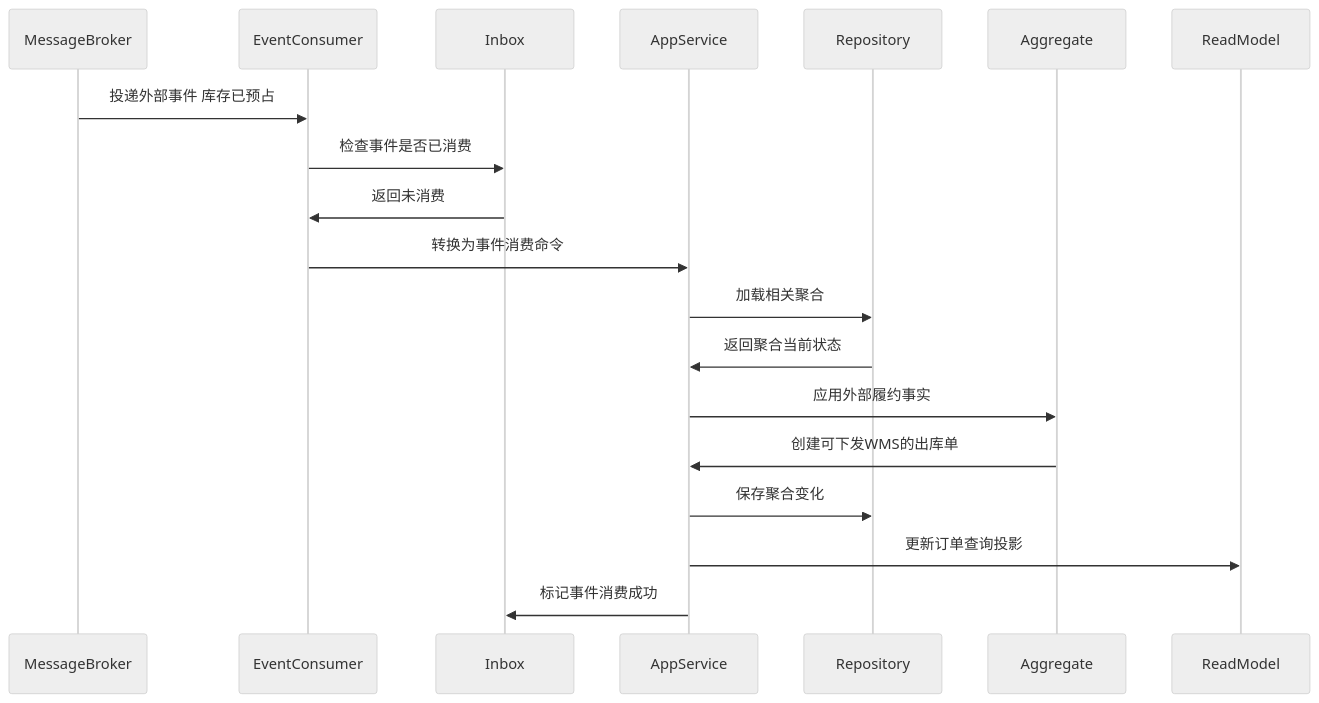
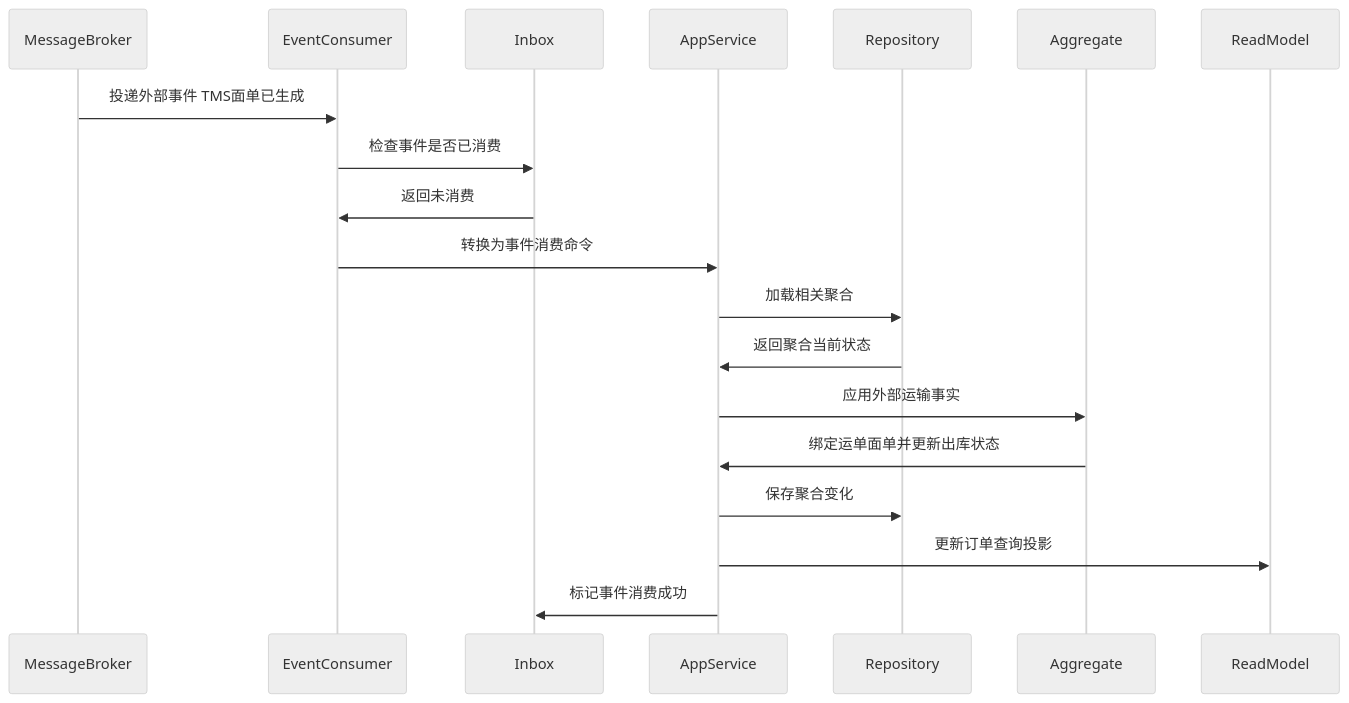
The fifth of 6 diagrams in docs/03-核心业务模型/05-OMS领域模型/04-出库单聚合CQRS设计.md (chao1927/scm), drawn with Mermaid (neutral theme) before and after one commit. The commit also changed other lines of this file and 118 other files, not shown here.

````diff
--- a/docs/03-核心业务模型/05-OMS领域模型/04-出库单聚合CQRS设计.md
+++ b/docs/03-核心业务模型/05-OMS领域模型/04-出库单聚合CQRS设计.md
@@ -236,22 +242,22 @@
 ```mermaid
 sequenceDiagram
     participant MessageBroker
     participant EventConsumer
     participant Inbox
     participant AppService
     participant Repository
     participant Aggregate
     participant ReadModel
 
-    MessageBroker->>EventConsumer: 投递外部事件 库存已预占
+    MessageBroker->>EventConsumer: 投递外部事件 TMS面单已生成
     EventConsumer->>Inbox: 检查事件是否已消费
     Inbox->>EventConsumer: 返回未消费
     EventConsumer->>AppService: 转换为事件消费命令
     AppService->>Repository: 加载相关聚合
     Repository->>AppService: 返回聚合当前状态
-    AppService->>Aggregate: 应用外部履约事实
-    Aggregate->>AppService: 创建可下发WMS的出库单
+    AppService->>Aggregate: 应用外部运输事实
+    Aggregate->>AppService: 绑定运单面单并更新出库状态
     AppService->>Repository: 保存聚合变化
     AppService->>ReadModel: 更新订单查询投影
     AppService->>Inbox: 标记事件消费成功
 ```
````
